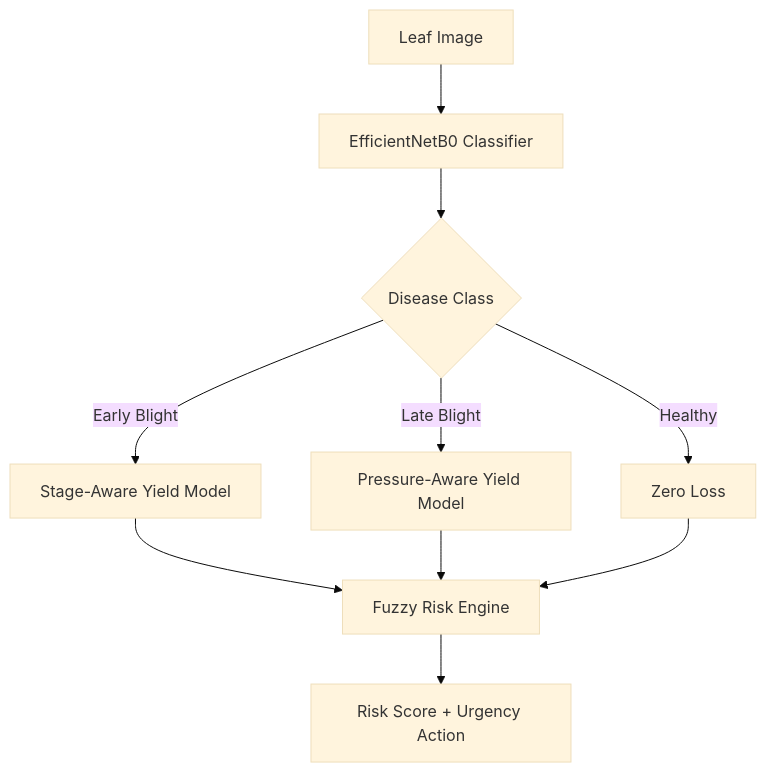
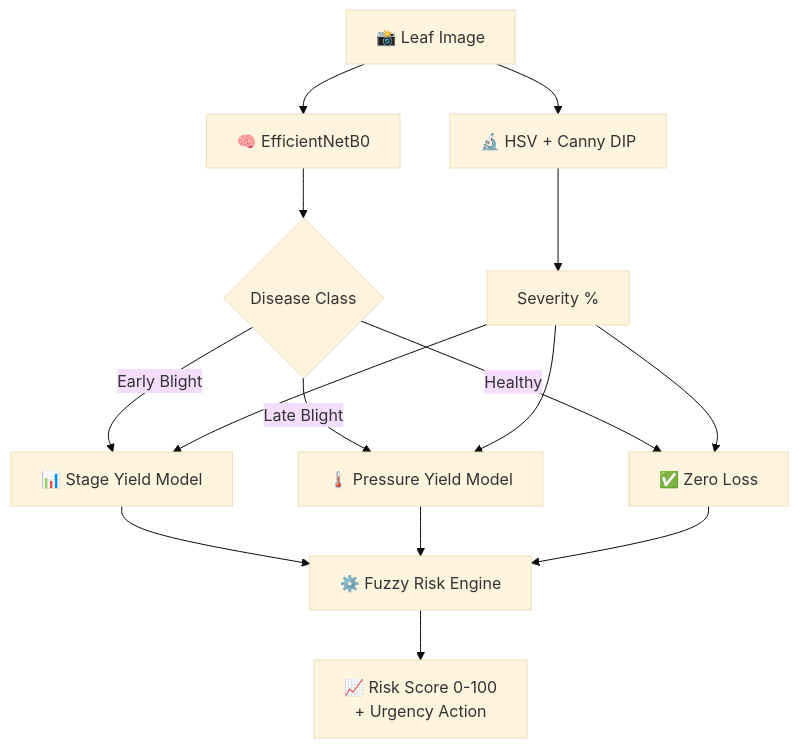
One commit to HarshaAppikatla/Crop-Risk-Detection-and-Yield-Prediction changed the diagram in README.md. Above: the diagram before and after it, drawn with Mermaid (base theme). The commit also changed other lines of this file, not shown here.

````diff
--- a/README.md
+++ b/README.md
@@ -20,12 +37,22 @@
 ```mermaid
 graph TD
-    A[Leaf Image] --> B[EfficientNetB0 Classifier]
-    B --> C{Disease Class}
-    C -->|Early Blight| D[Stage-Aware Yield Model]
-    C -->|Late Blight| E[Pressure-Aware Yield Model]
-    C -->|Healthy| F[Zero Loss]
-    D --> G[Fuzzy Risk Engine]
+    A[📸 Leaf Image] --> B[🧠 EfficientNetB0]
+    A --> C[🔬 HSV + Canny DIP]
+    
+    B --> D{Disease Class}
+    C --> E[Severity %]
+    
+    D -->|Early Blight| F[📊 Stage Yield Model]
+    D -->|Late Blight| G[🌡️ Pressure Yield Model]
+    D -->|Healthy| H[✅ Zero Loss]
+    
+    E --> F
     E --> G
-    F --> G
-    G --> H[Risk Score + Urgency Action]
+    E --> H
+    
+    F --> I[⚙️ Fuzzy Risk Engine]
+    G --> I
+    H --> I
+    
+    I --> J[📈 Risk Score 0-100<br/>+ Urgency Action]
 ```
````
